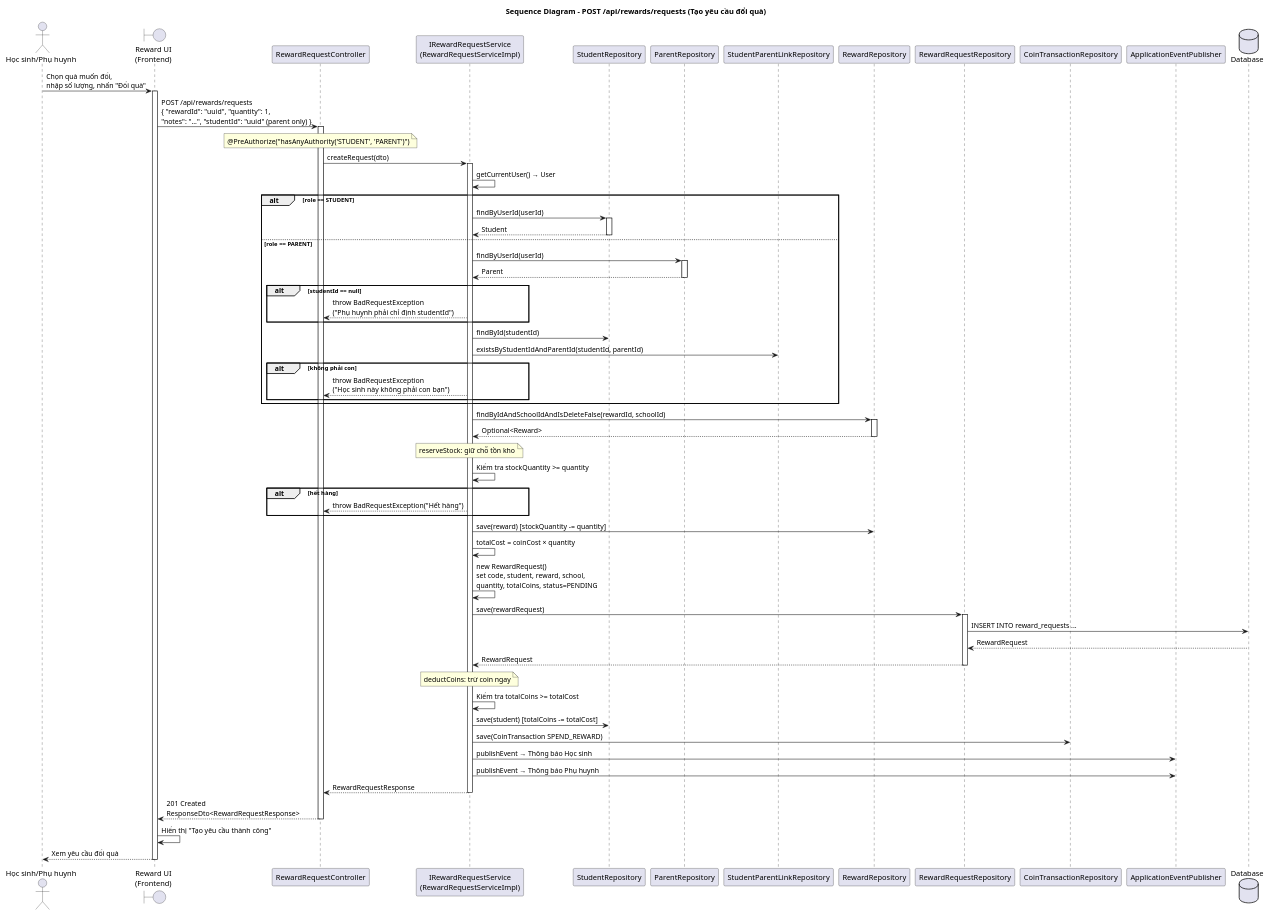
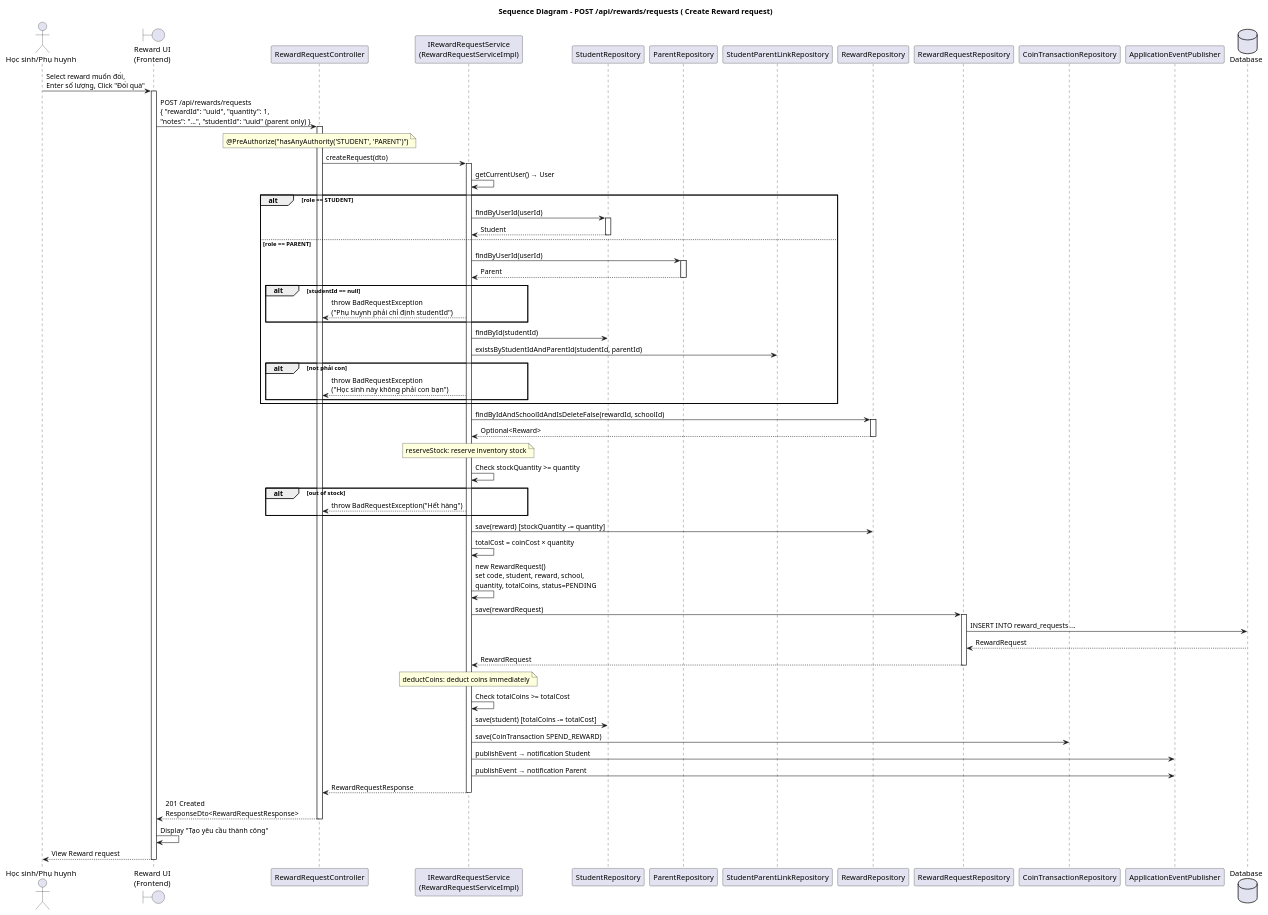
The diagram in src/main/resources/diagram/seq_create_reward_request.puml (EpxrLab/EcoVerse_BE), drawn with PlantUML before and after one commit. The commit also changed 53 other files, not shown here.

```diff
--- a/src/main/resources/diagram/seq_create_reward_request.puml
+++ b/src/main/resources/diagram/seq_create_reward_request.puml
@@ -1,92 +1,92 @@
 @startuml seq_create_reward_request
-title Sequence Diagram - POST /api/rewards/requests (Tạo yêu cầu đổi quà)
+title Sequence Diagram - POST /api/rewards/requests ( Create Reward request)
 
 actor "Học sinh/Phụ huynh" as user
 boundary "Reward UI\n(Frontend)" as ui
 participant "RewardRequestController" as ctrl
 participant "IRewardRequestService\n(RewardRequestServiceImpl)" as svc
 participant "StudentRepository" as stuRepo
 participant "ParentRepository" as parRepo
 participant "StudentParentLinkRepository" as splRepo
 participant "RewardRepository" as rewardRepo
 participant "RewardRequestRepository" as rrRepo
 participant "CoinTransactionRepository" as txRepo
 participant "ApplicationEventPublisher" as eventPub
 database "Database" as db
 
-user -> ui : Chọn quà muốn đổi,\nnhập số lượng, nhấn "Đổi quà"
+user -> ui : Select reward muốn đổi,\nEnter số lượng, Click "Đổi quà"
 activate ui
 
 ui -> ctrl : POST /api/rewards/requests\n{ "rewardId": "uuid", "quantity": 1,\n"notes": "...", "studentId": "uuid" (parent only) }
 activate ctrl
 note over ctrl : @PreAuthorize("hasAnyAuthority('STUDENT', 'PARENT')")
 
 ctrl -> svc : createRequest(dto)
 activate svc
 
 svc -> svc : getCurrentUser() → User
 
 alt role == STUDENT
-    svc -> stuRepo : findByUserId(userId)
-    activate stuRepo
-    stuRepo --> svc : Student
-    deactivate stuRepo
+ svc -> stuRepo : findByUserId(userId)
+ activate stuRepo
+ stuRepo --> svc : Student
+ deactivate stuRepo
 else role == PARENT
-    svc -> parRepo : findByUserId(userId)
-    activate parRepo
-    parRepo --> svc : Parent
-    deactivate parRepo
+ svc -> parRepo : findByUserId(userId)
+ activate parRepo
+ parRepo --> svc : Parent
+ deactivate parRepo
 
-    alt studentId == null
-        svc --> ctrl : throw BadRequestException\n("Phụ huynh phải chỉ định studentId")
-    end
+ alt studentId == null
+ svc --> ctrl : throw BadRequestException\n("Phụ huynh phải chỉ định studentId")
+ end
 
-    svc -> stuRepo : findById(studentId)
-    svc -> splRepo : existsByStudentIdAndParentId(studentId, parentId)
-    alt không phải con
-        svc --> ctrl : throw BadRequestException\n("Học sinh này không phải con bạn")
-    end
+ svc -> stuRepo : findById(studentId)
+ svc -> splRepo : existsByStudentIdAndParentId(studentId, parentId)
+ alt not phải con
+ svc --> ctrl : throw BadRequestException\n("Học sinh này không phải con bạn")
+ end
 end
 
 svc -> rewardRepo : findByIdAndSchoolIdAndIsDeleteFalse(rewardId, schoolId)
 activate rewardRepo
 rewardRepo --> svc : Optional<Reward>
 deactivate rewardRepo
 
-note over svc : reserveStock: giữ chỗ tồn kho
-svc -> svc : Kiểm tra stockQuantity >= quantity
-alt hết hàng
-    svc --> ctrl : throw BadRequestException("Hết hàng")
+note over svc : reserveStock: reserve inventory stock
+svc -> svc : Check stockQuantity >= quantity
+alt out of stock
+ svc --> ctrl : throw BadRequestException("Hết hàng")
 end
 svc -> rewardRepo : save(reward) [stockQuantity -= quantity]
 
 svc -> svc : totalCost = coinCost × quantity
 
 svc -> svc : new RewardRequest()\nset code, student, reward, school,\nquantity, totalCoins, status=PENDING
 
 svc -> rrRepo : save(rewardRequest)
 activate rrRepo
 rrRepo -> db : INSERT INTO reward_requests ...
 db --> rrRepo : RewardRequest
 rrRepo --> svc : RewardRequest
 deactivate rrRepo
 
-note over svc : deductCoins: trừ coin ngay
-svc -> svc : Kiểm tra totalCoins >= totalCost
+note over svc : deductCoins: deduct coins immediately
+svc -> svc : Check totalCoins >= totalCost
 svc -> stuRepo : save(student) [totalCoins -= totalCost]
 svc -> txRepo : save(CoinTransaction SPEND_REWARD)
 
-svc -> eventPub : publishEvent → Thông báo Học sinh
-svc -> eventPub : publishEvent → Thông báo Phụ huynh
+svc -> eventPub : publishEvent → notification Student
+svc -> eventPub : publishEvent → notification Parent
 
 svc --> ctrl : RewardRequestResponse
 deactivate svc
 
 ctrl --> ui : 201 Created\nResponseDto<RewardRequestResponse>
 deactivate ctrl
 
-ui -> ui : Hiển thị "Tạo yêu cầu thành công"
-ui --> user : Xem yêu cầu đổi quà
+ui -> ui : Display "Tạo yêu cầu thành công"
+ui --> user : View Reward request
 deactivate ui
 
 @enduml
```
